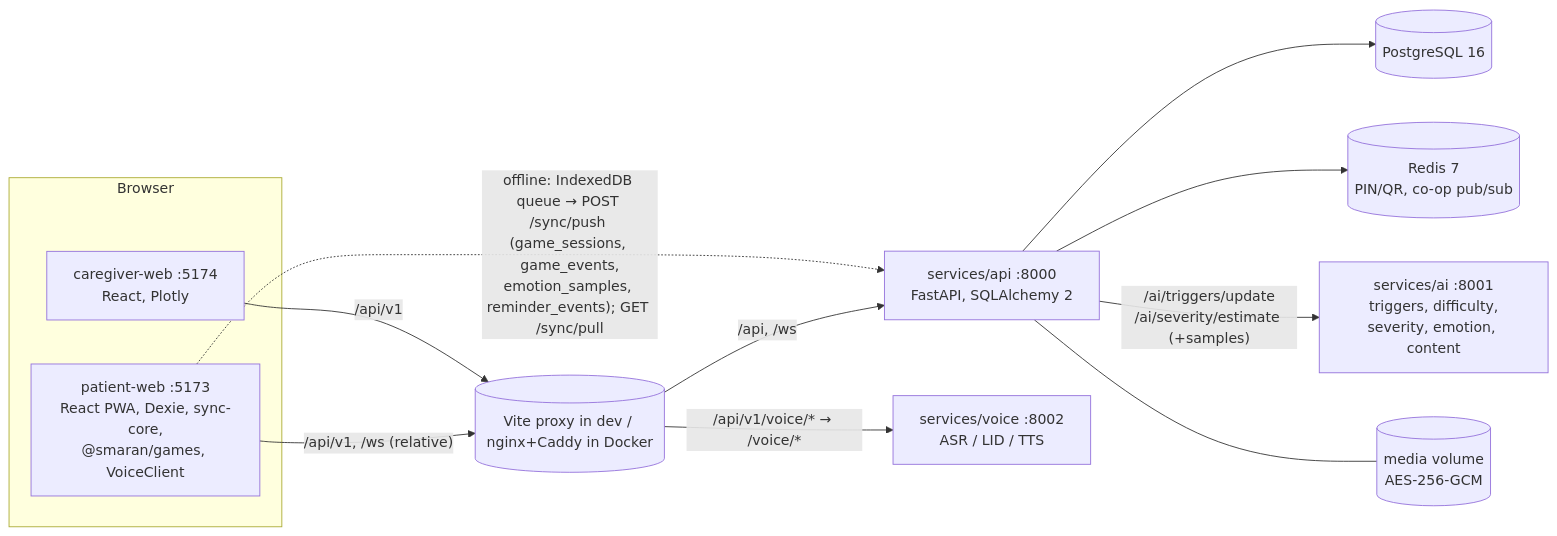
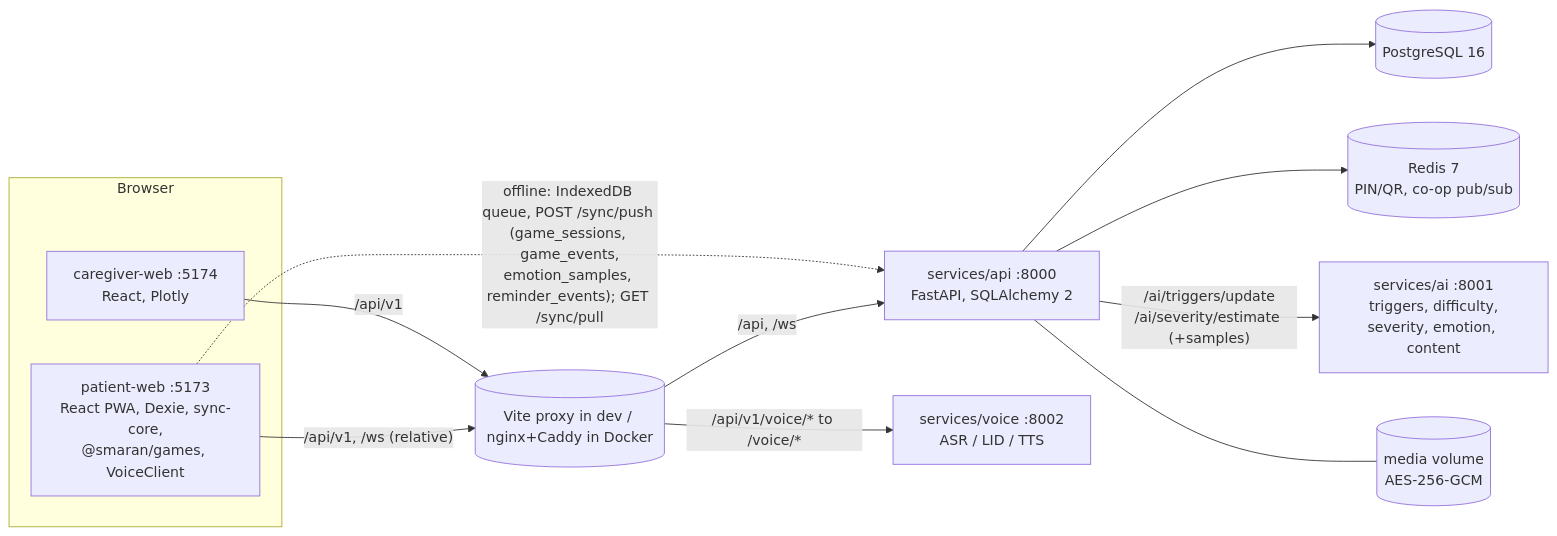
One commit to Murali07dhar/smaran changed the diagram in README.md. Above: the diagram before and after it, drawn with Mermaid. The commit also changed other lines of this file, not shown here.

````diff
--- a/README.md
+++ b/README.md
@@ -7,16 +50,16 @@
 ```mermaid
 flowchart LR
   subgraph Browser
     P["patient-web :5173<br/>React PWA, Dexie, sync-core,<br/>@smaran/games, VoiceClient"]
     C["caregiver-web :5174<br/>React, Plotly"]
   end
   P -- "/api/v1, /ws (relative)" --> X[(Vite proxy in dev / nginx+Caddy in Docker)]
   C -- "/api/v1" --> X
   X -- "/api, /ws" --> API["services/api :8000<br/>FastAPI, SQLAlchemy 2"]
-  X -- "/api/v1/voice/* → /voice/*" --> V["services/voice :8002<br/>ASR / LID / TTS"]
+  X -- "/api/v1/voice/* to /voice/*" --> V["services/voice :8002<br/>ASR / LID / TTS"]
   API --> PG[("PostgreSQL 16")]
   API --> R[("Redis 7<br/>PIN/QR, co-op pub/sub")]
   API -- "/ai/triggers/update<br/>/ai/severity/estimate (+samples)" --> AI["services/ai :8001<br/>triggers, difficulty,<br/>severity, emotion, content"]
   API --- M[("media volume<br/>AES-256-GCM")]
-  P -. "offline: IndexedDB queue → POST /sync/push (game_sessions, game_events,<br/>emotion_samples, reminder_events); GET /sync/pull" .-> API
+  P -. "offline: IndexedDB queue, POST /sync/push (game_sessions, game_events,<br/>emotion_samples, reminder_events); GET /sync/pull" .-> API
 ```
````
